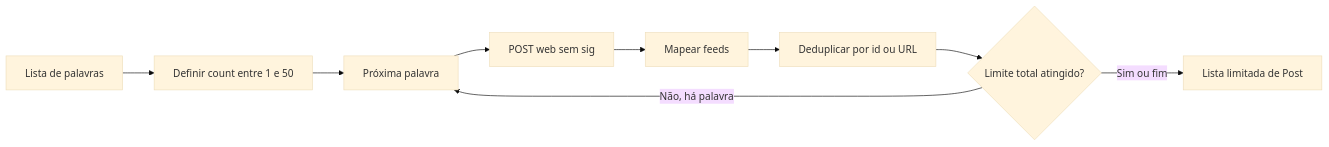
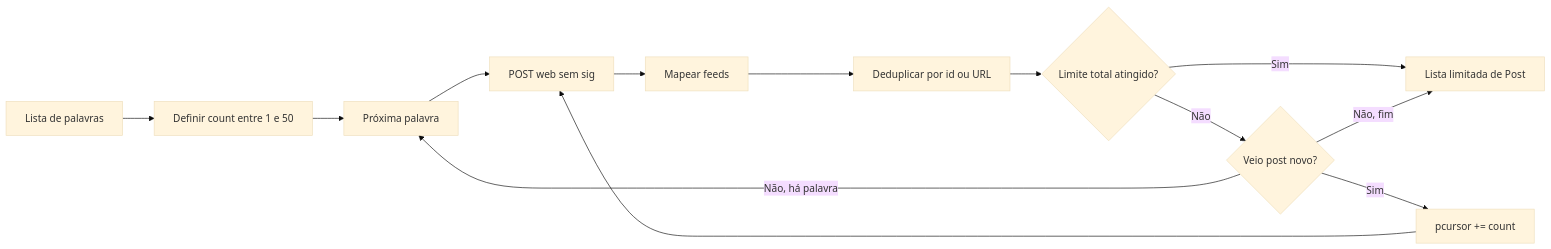
The diagram in docs/flows/search.md (IMNascimento/VoxRadar_technical_challenges), drawn with Mermaid (base theme) before and after one commit. The commit also changed other lines of this file and 16 other files, not shown here.

````diff
--- a/docs/flows/search.md
+++ b/docs/flows/search.md
@@ -8,11 +8,15 @@
 ```mermaid
 flowchart LR
     Input[Lista de palavras] --> Count[Definir count entre 1 e 50]
     Count --> Word[Próxima palavra]
     Word --> Web[POST web sem sig]
     Web --> Map[Mapear feeds]
     Map --> Dedup[Deduplicar por id ou URL]
     Dedup --> Limit{Limite total atingido?}
-    Limit -->|Não, há palavra| Word
-    Limit -->|Sim ou fim| Output[Lista limitada de Post]
+    Limit -->|Sim| Output[Lista limitada de Post]
+    Limit -->|Não| New{Veio post novo?}
+    New -->|Sim| Next[pcursor += count]
+    Next --> Web
+    New -->|Não, há palavra| Word
+    New -->|Não, fim| Output
 ```
````
